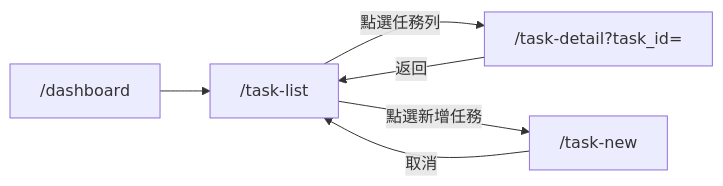
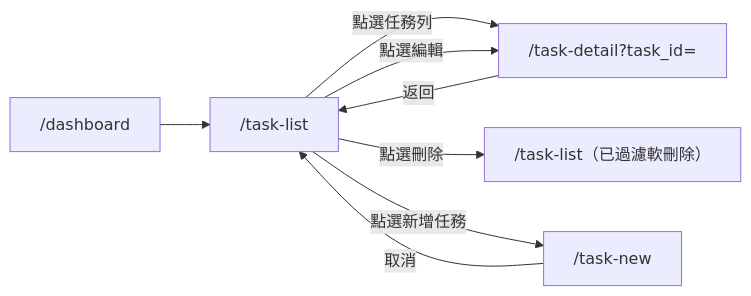
One commit to singyichen/label-suite changed the second of 2 diagrams in specs/task-management/010-task-list/spec.md. Above: the diagram before and after it, drawn with Mermaid. The commit also changed other lines of this file and 2 other files, not shown here.

Commit message:
feat(task-management): add task-list actions and delete modal

````diff
--- a/specs/task-management/010-task-list/spec.md
+++ b/specs/task-management/010-task-list/spec.md
@@ -170,8 +197,10 @@
 ```mermaid
 flowchart LR
     dashboard["/dashboard"] --> tasklist["/task-list"]
     tasklist -->|點選任務列| taskdetail["/task-detail?task_id="]
+    tasklist -->|點選編輯| taskdetail
+    tasklist -->|點選刪除| tasklist_filtered["/task-list（已過濾軟刪除）"]
     tasklist -->|點選新增任務| tasknew["/task-new"]
     taskdetail -->|返回| tasklist
     tasknew -->|取消| tasklist
 ```
````
